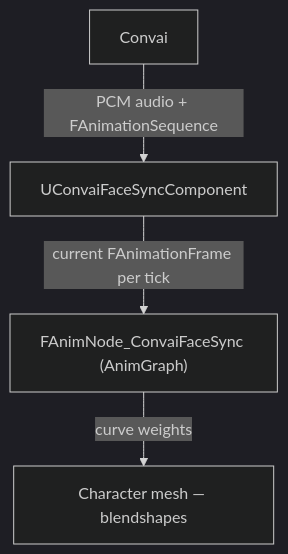
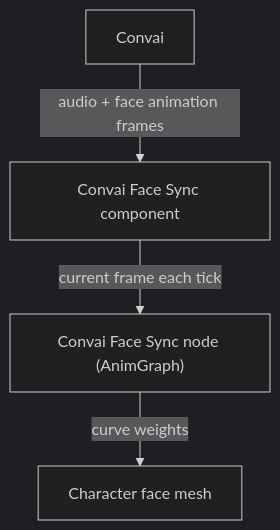
Before and after one commit to Conv-AI/Convai-Documentation: the diagram in plugins-and-integrations/convai-unreal-engine-plugin/features/lip-sync/how-lip-sync-works.md, drawn with Mermaid (dark theme). The commit also changed other lines of this file and 5 other files, not shown here.

````diff
--- a/plugins-and-integrations/convai-unreal-engine-plugin/features/lip-sync/how-lip-sync-works.md
+++ b/plugins-and-integrations/convai-unreal-engine-plugin/features/lip-sync/how-lip-sync-works.md
@@ -17,6 +17,6 @@
 ```mermaid
 graph TD
-    A["Convai"] -- "PCM audio + FAnimationSequence" --> B["UConvaiFaceSyncComponent"]
-    B -- "current FAnimationFrame per tick" --> C["FAnimNode_ConvaiFaceSync (AnimGraph)"]
-    C -- "curve weights" --> D["Character mesh — blendshapes"]
+    A["Convai"] -- "audio + face animation frames" --> B["Convai Face Sync component"]
+    B -- "current frame each tick" --> C["Convai Face Sync node (AnimGraph)"]
+    C -- "curve weights" --> D["Character face mesh"]
 ```
````
